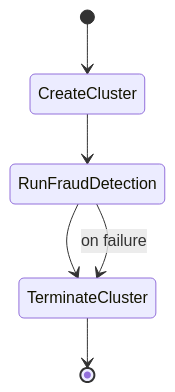
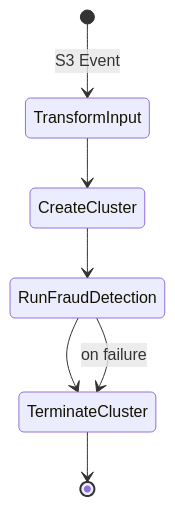
The second of 2 diagrams in packages/docs/docs/architecture/aws.md (caverac/insurance-fraud-detection), drawn with Mermaid before and after one commit. The commit also changed other lines of this file and 14 other files, not shown here.

````diff
--- a/packages/docs/docs/architecture/aws.md
+++ b/packages/docs/docs/architecture/aws.md
@@ -127,9 +137,10 @@
 ```mermaid
 stateDiagram-v2
-    [*] --> CreateCluster
+    [*] --> TransformInput: S3 Event
+    TransformInput --> CreateCluster
     CreateCluster --> RunFraudDetection
     RunFraudDetection --> TerminateCluster
     TerminateCluster --> [*]
 
     RunFraudDetection --> TerminateCluster: on failure
 ```
````
